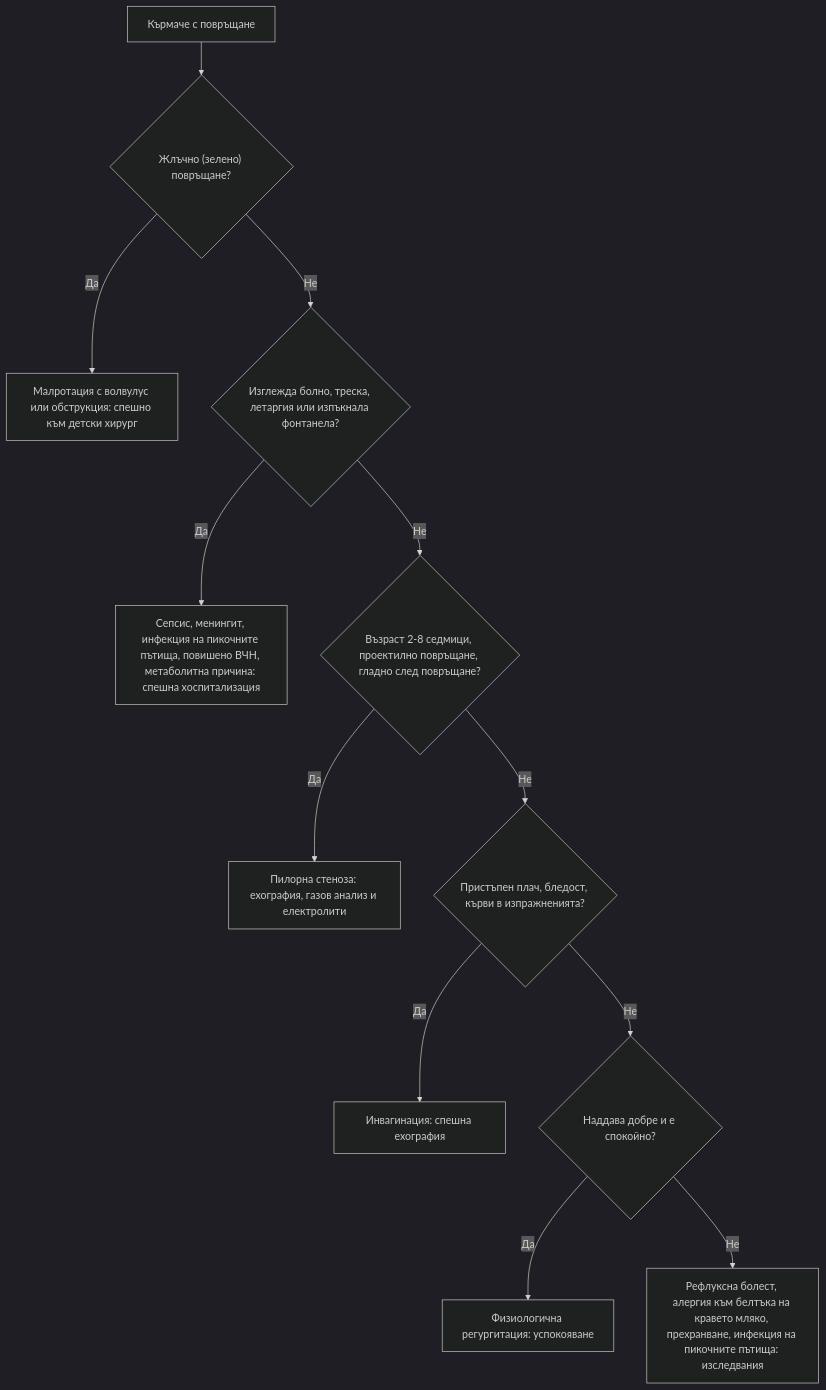
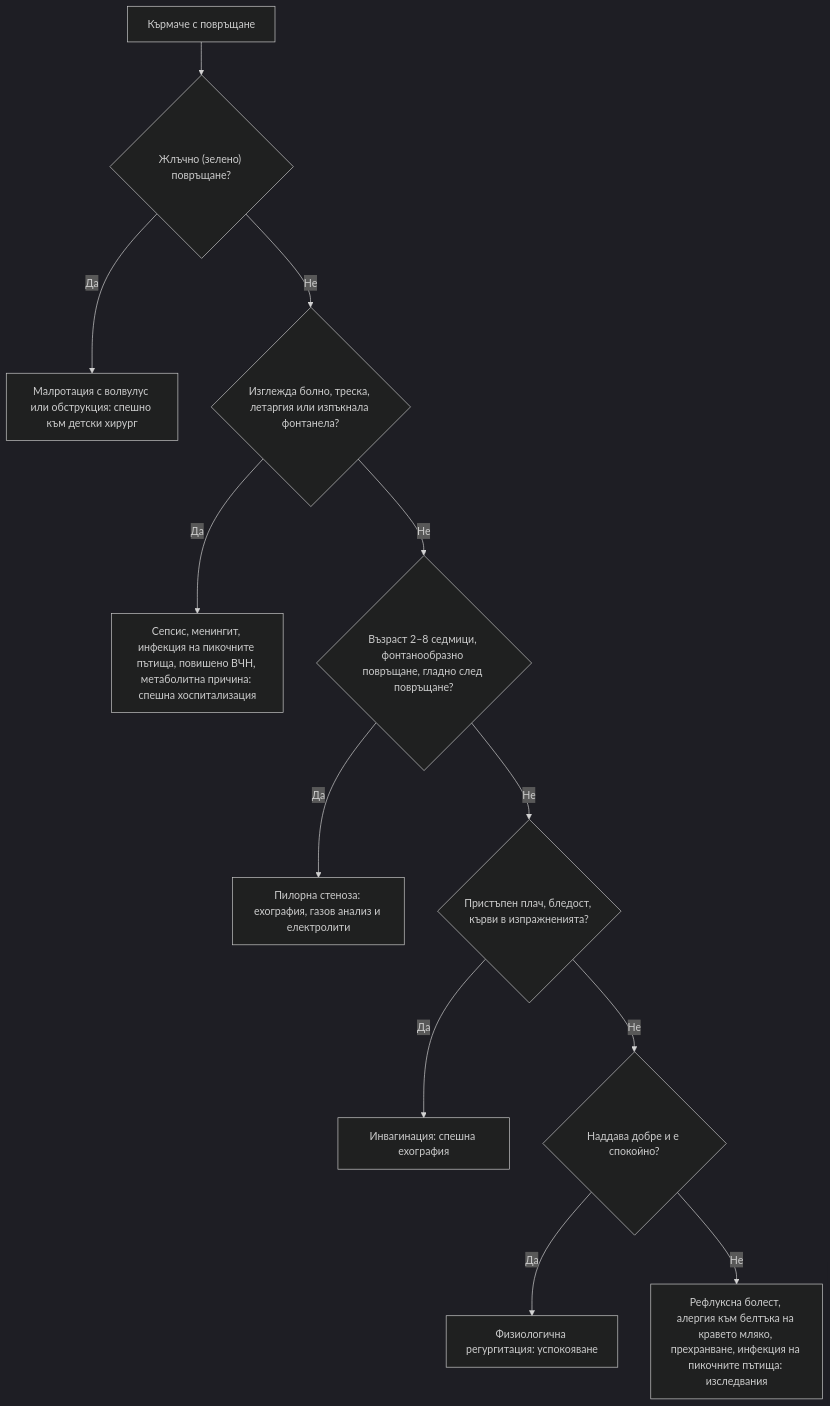
One commit to yancho26/yancho changed the diagram in glavi/70-korem-detsa.md. Above: the diagram before and after it, drawn with Mermaid (dark theme). The commit also changed other lines of this file and 43 other files, not shown here.

````diff
--- a/glavi/70-korem-detsa.md
+++ b/glavi/70-korem-detsa.md
@@ -251,16 +251,16 @@
 ```mermaid
 flowchart TD
     accTitle: Диагностичен алгоритъм при повръщащо кърмаче
-    accDescr: Блок-схема. Начало: Кърмаче с повръщане. Въпроси: Жлъчно (зелено) повръщане? · Изглежда болно, треска, летаргия или изпъкнала фонтанела? · Възраст 2-8 седмици, проектилно повръщане, гладно след повръщане? · Пристъпен плач, бледост, кърви в изпражненията? · Наддава добре и е спокойно? Пълното текстово описание е под схемата.
+    accDescr: Блок-схема. Начало: Кърмаче с повръщане. Въпроси: Жлъчно (зелено) повръщане? · Изглежда болно, треска, летаргия или изпъкнала фонтанела? · Възраст 2–8 седмици, фонтанообразно повръщане, гладно след повръщане? · Пристъпен плач, бледост, кърви в изпражненията? · Наддава добре и е спокойно? Пълното текстово описание е под схемата.
     A["Кърмаче с повръщане"] --> B{"Жлъчно (зелено) повръщане?"}
     B -->|Да| C["Малротация с волвулус или обструкция: спешно към детски хирург"]
     B -->|Не| D{"Изглежда болно, треска, летаргия или изпъкнала фонтанела?"}
     D -->|Да| E["Сепсис, менингит, инфекция на пикочните пътища, повишено ВЧН, метаболитна причина: спешна хоспитализация"]
-    D -->|Не| F{"Възраст 2-8 седмици, проектилно повръщане, гладно след повръщане?"}
+    D -->|Не| F{"Възраст 2–8 седмици, фонтанообразно повръщане, гладно след повръщане?"}
     F -->|Да| G["Пилорна стеноза: ехография, газов анализ и електролити"]
     F -->|Не| H{"Пристъпен плач, бледост, кърви в изпражненията?"}
     H -->|Да| I["Инвагинация: спешна ехография"]
     H -->|Не| J{"Наддава добре и е спокойно?"}
     J -->|Да| K["Физиологична регургитация: успокояване"]
     J -->|Не| L["Рефлуксна болест, алергия към белтъка на кравето мляко, прехранване, инфекция на пикочните пътища: изследвания"]
 ```
````
